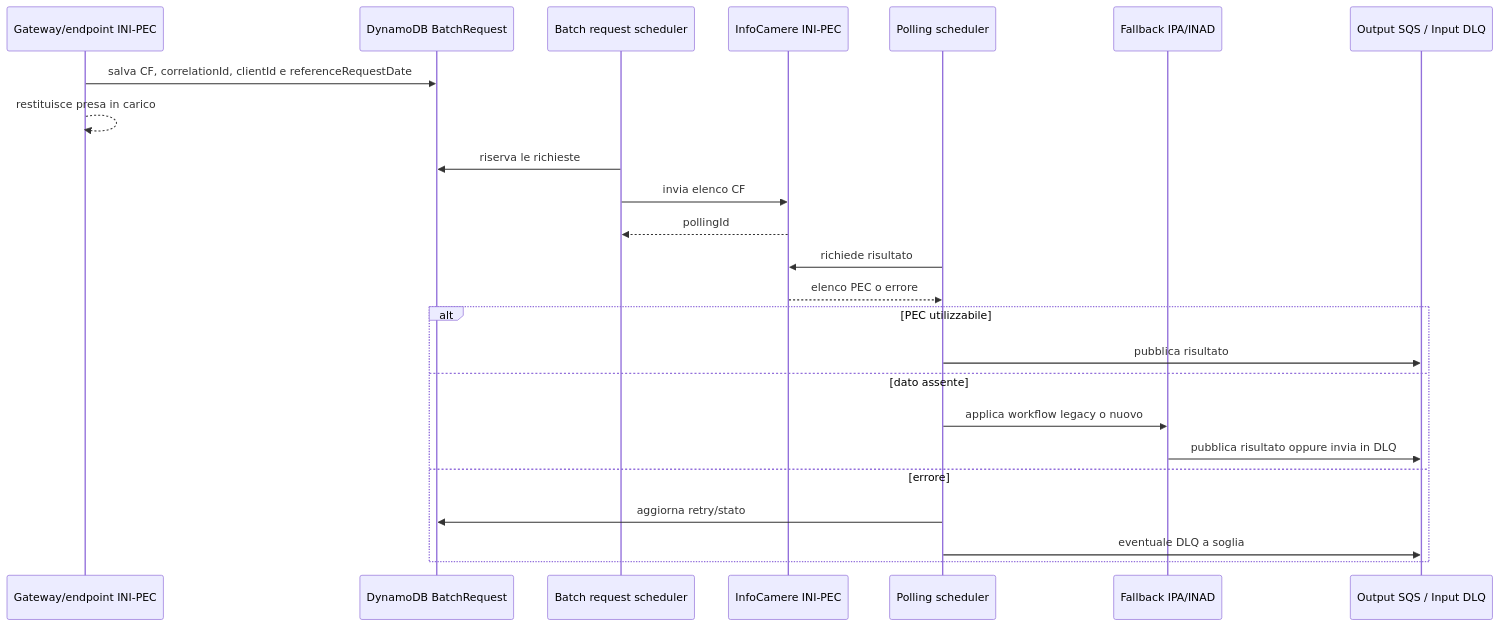
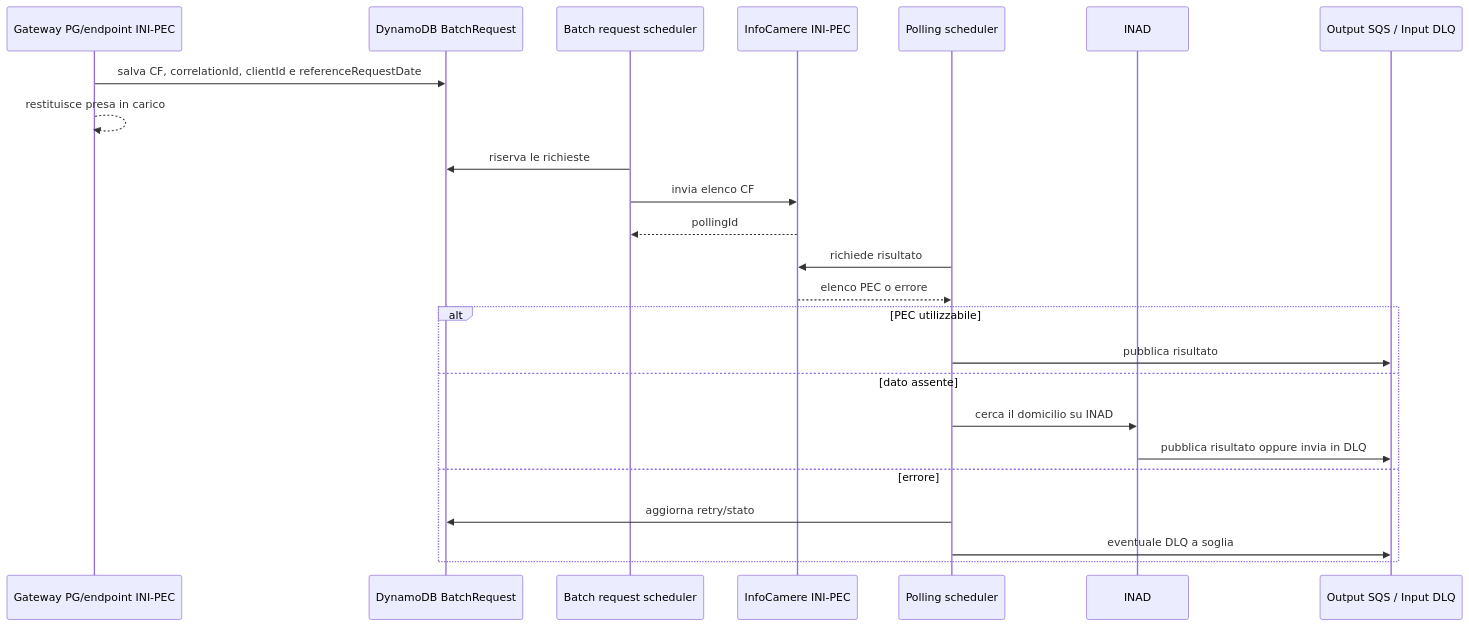
The third of 3 diagrams in docs/ms/ricerca-domicilio-digitale.md (pagopa/pn-national-registries), drawn with Mermaid before and after one commit. The commit also changed other lines of this file and 9 other files, not shown here.

````diff
--- a/docs/ms/ricerca-domicilio-digitale.md
+++ b/docs/ms/ricerca-domicilio-digitale.md
@@ -256,27 +185,27 @@
 ```mermaid
 sequenceDiagram
-    participant G as Gateway/endpoint INI-PEC
+    participant G as Gateway PG/endpoint INI-PEC
     participant D as DynamoDB BatchRequest
     participant R as Batch request scheduler
     participant I as InfoCamere INI-PEC
     participant P as Polling scheduler
-    participant F as Fallback IPA/INAD
+    participant N as INAD
     participant Q as Output SQS / Input DLQ
 
     G->>D: salva CF, correlationId, clientId e referenceRequestDate
     G-->>G: restituisce presa in carico
     R->>D: riserva le richieste
     R->>I: invia elenco CF
     I-->>R: pollingId
     P->>I: richiede risultato
     I-->>P: elenco PEC o errore
     alt PEC utilizzabile
         P->>Q: pubblica risultato
     else dato assente
-        P->>F: applica workflow legacy o nuovo
-        F->>Q: pubblica risultato oppure invia in DLQ
+        P->>N: cerca il domicilio su INAD
+        N->>Q: pubblica risultato oppure invia in DLQ
     else errore
         P->>D: aggiorna retry/stato
         P->>Q: eventuale DLQ a soglia
     end
 ```
````
